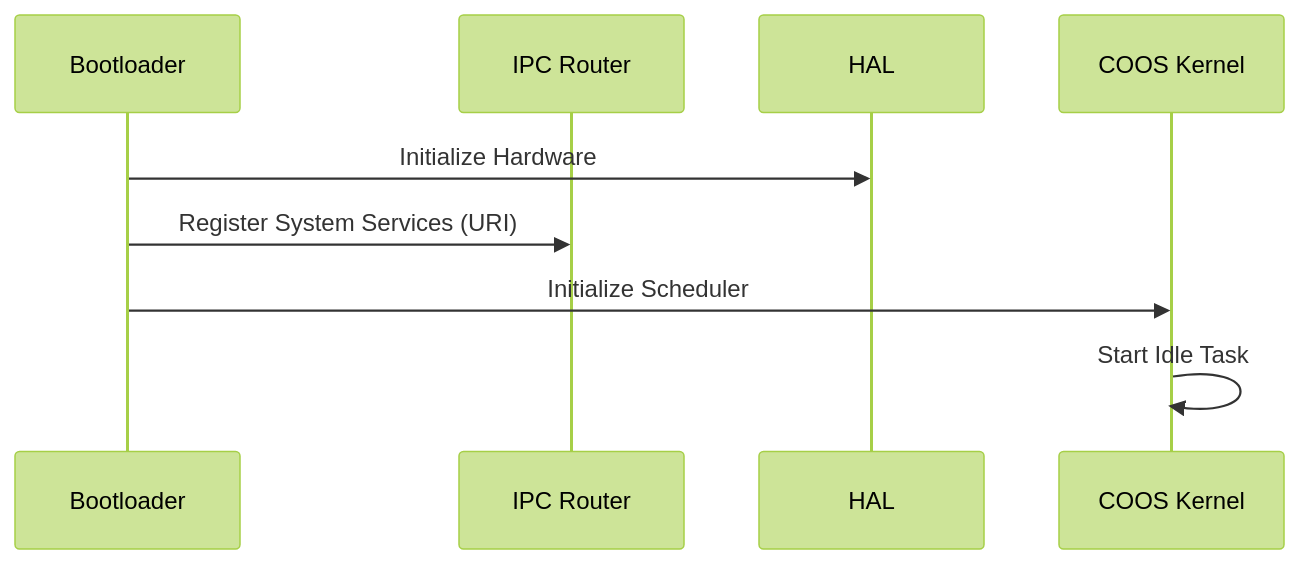
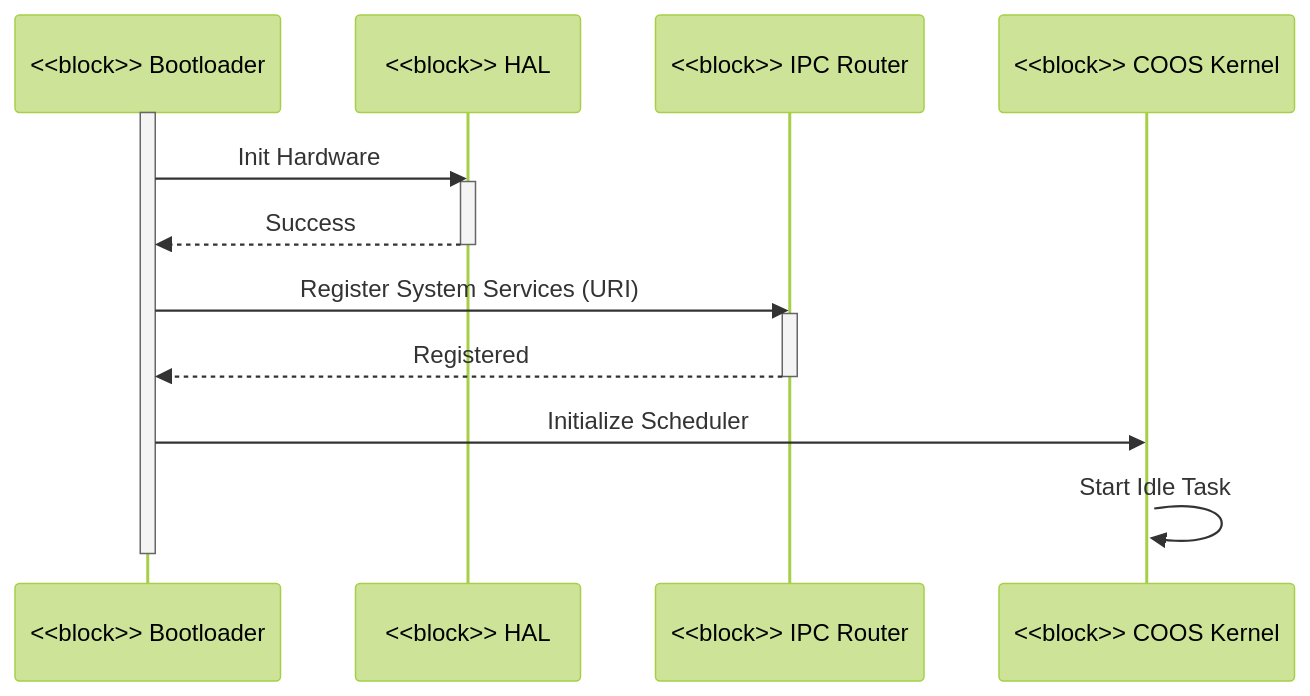
The second of 3 diagrams in docs/architecture/architecture_overview.md (kmt-t/fireball), drawn with Mermaid (forest theme) before and after one commit. The commit also changed other lines of this file and 32 other files, not shown here.

````diff
--- a/docs/architecture/architecture_overview.md
+++ b/docs/architecture/architecture_overview.md
@@ -77,12 +82,23 @@
 ```mermaid
 sequenceDiagram
-    participant Boot as Bootloader
-    participant IPCR as IPC Router
-    participant HAL as HAL
-    participant COOS as COOS Kernel
+    participant Boot as <<block>> Bootloader
+    participant HAL as <<block>> HAL
+    participant IPCR as <<block>> IPC Router
+    participant COOS as <<block>> COOS Kernel
     
-    Boot->>HAL: Initialize Hardware
+    activate Boot
+    Boot->>HAL: Init Hardware
+    activate HAL
+    HAL-->>Boot: Success
+    deactivate HAL
+    
     Boot->>IPCR: Register System Services (URI)
+    activate IPCR
+    IPCR-->>Boot: Registered
+    deactivate IPCR
+    
     Boot->>COOS: Initialize Scheduler
+    activate COOS
     COOS->>COOS: Start Idle Task
+    deactivate Boot
 ```
````
